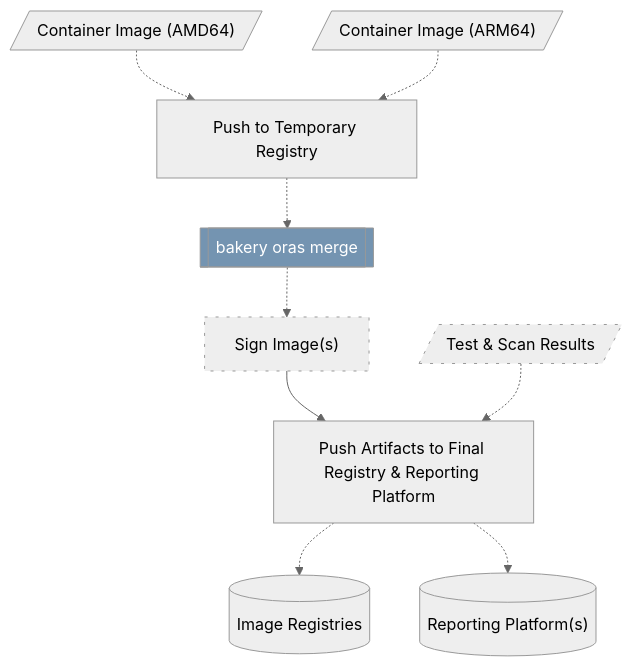
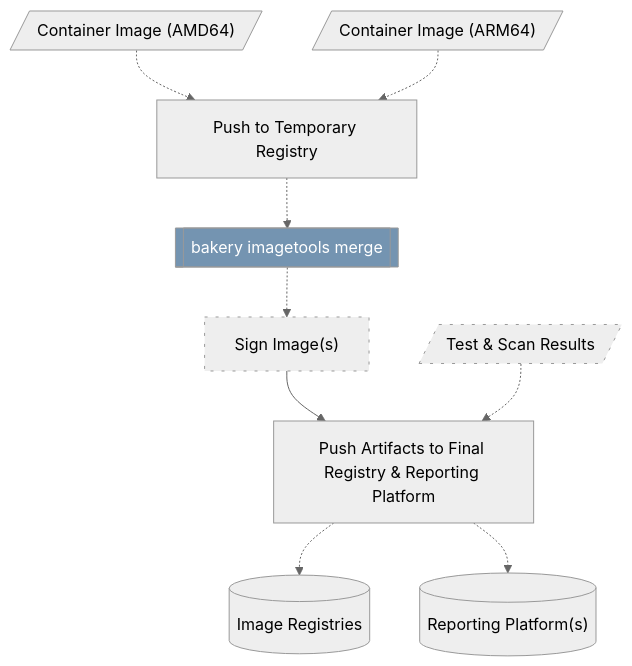
One commit to posit-dev/images-shared changed the eighth of 8 diagrams in posit-bakery/docs/architecture.qmd. Above: the diagram before and after it, drawn with Mermaid (neutral theme). The commit also changed 2 other files, not shown here.

Commit message:
Point docs at bakery imagetools commands
The architecture diagram, tool index, and SOCI config docs still
referenced the now-hidden `bakery oras merge` / `bakery soci convert`
aliases instead of the canonical `bakery imagetools merge` /
`soci-convert` commands introduced by this PR. Update the three
references so published docs don't send readers to deprecated
command names.

````diff
--- a/posit-bakery/docs/architecture.qmd
+++ b/posit-bakery/docs/architecture.qmd
@@ -281,31 +281,31 @@
 ```{mermaid}
 %%| fig-cap: "Bakery Multiplatform Publishing Workflow"
 flowchart TD
 
     amd64_image[/"Container Image (AMD64)"/]
     arm64_image[/"Container Image (ARM64)"/]
     results[/"Test & Scan Results"/]
 
     sign["Sign Image(s)"]
     push_temp["Push to Temporary Registry"]
-    merge[["bakery oras merge"]]
+    merge[["bakery imagetools merge"]]
     push["Push Artifacts to Final Registry & Reporting Platform"]
     amd64_image -.-> push_temp
     arm64_image -.-> push_temp
     push_temp -.-> merge -.-> sign --> push
 
     reg[("Image Registries")]
     sec[("Reporting Platform(s)")]
     push -.-> reg
     results -.-> push -.-> sec
 
     classDef tooling fill:#7494B1,color:#fff
     classDef external fill:grey,color:#fff
     classDef progress stroke-dasharray: 2 2
     classDef todo stroke-dasharray: 3 8
 
     class merge tooling
 
     %% Mark what we are working on and is in flight %%
     class results,sign todo
 ```
````
